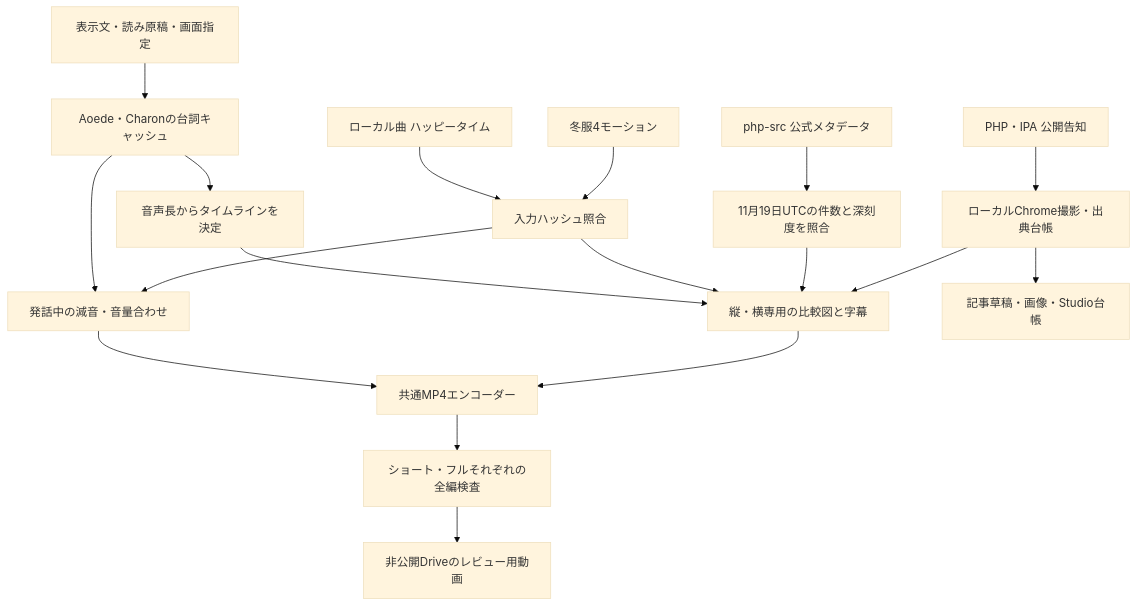
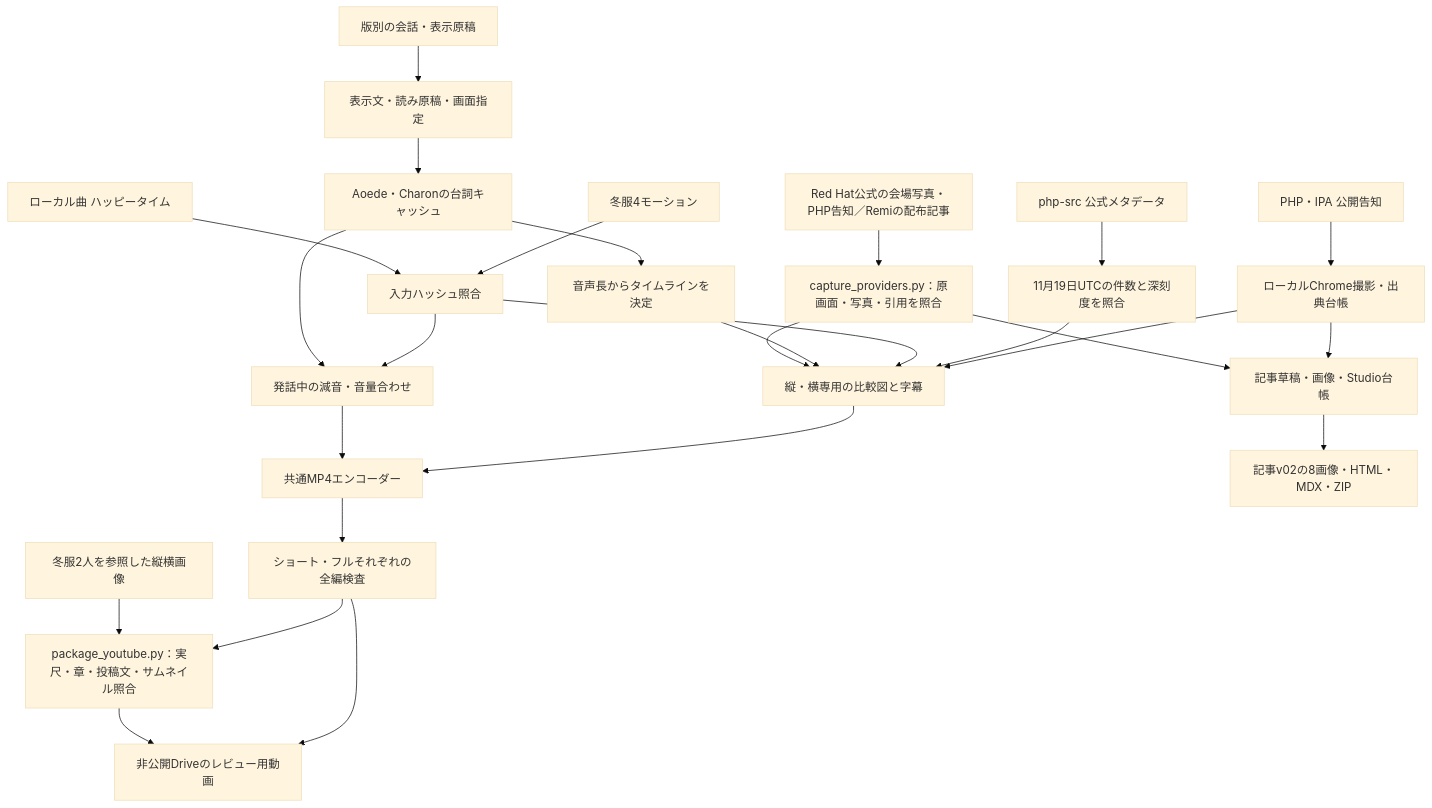
One commit to benriworks/MiniMax-H3 changed the diagram in productions/content-projects/CONTENT_20261120_php_security/ARCHITECTURE_DIAGRAM.md. Above: the diagram before and after it, drawn with Mermaid (base theme). The commit also changed 25 other files, not shown here.

Commit message:
Explain PHP updates with Red Hat and Remi sources and package both YouTube editions

````diff
--- a/productions/content-projects/CONTENT_20261120_php_security/ARCHITECTURE_DIAGRAM.md
+++ b/productions/content-projects/CONTENT_20261120_php_security/ARCHITECTURE_DIAGRAM.md
@@ -3,20 +3,28 @@
 ```mermaid
 flowchart TD
     PHP["PHP・IPA 公開告知"] --> C["ローカルChrome撮影・出典台帳"]
     A["php-src 公式メタデータ"] --> R["11月19日UTCの件数と深刻度を照合"]
     C --> L["縦・横専用の比較図と字幕"]
     R --> L
     W["冬服4モーション"] --> I["入力ハッシュ照合"]
     M["ローカル曲 ハッピータイム"] --> I
     I --> L
     S["表示文・読み原稿・画面指定"] --> V["Aoede・Charonの台詞キャッシュ"]
     V --> T["音声長からタイムラインを決定"]
     T --> L
     L --> E["共通MP4エンコーダー"]
     I --> B["発話中の減音・音量合わせ"]
     V --> B
     B --> E
     E --> Q["ショート・フルそれぞれの全編検査"]
     Q --> D["非公開Driveのレビュー用動画"]
     C --> H["記事草稿・画像・Studio台帳"]
+    Z["Red Hat公式の会場写真・PHP告知／Remiの配布記事"] --> X["capture_providers.py：原画面・写真・引用を照合"]
+    X --> L
+    X --> H
+    S2["版別の会話・表示原稿"] --> S
+    Q --> Y["package_youtube.py：実尺・章・投稿文・サムネイル照合"]
+    A2["冬服2人を参照した縦横画像"] --> Y
+    Y --> D
+    H --> J["記事v02の8画像・HTML・MDX・ZIP"]
 ```
````
